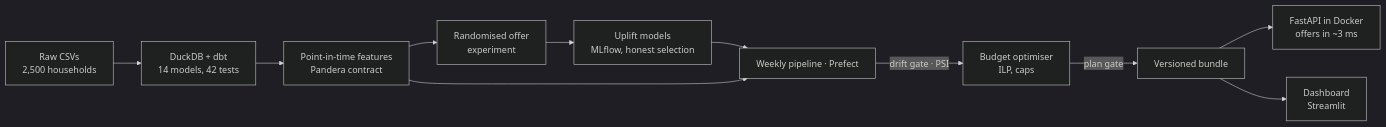
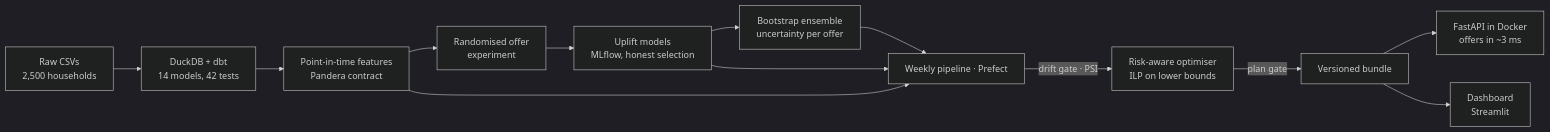
Before and after one commit to TilakHeble/nectar-offer-engine: the diagram in README.md, drawn with Mermaid (dark theme). The commit also changed other lines of this file and 31 other files, not shown here.

First line of the commit message:
Risk-aware allocation and live-test power analysis (v2)

````diff
--- a/README.md
+++ b/README.md
@@ -16,13 +16,15 @@
 ```mermaid
 flowchart LR
     A[Raw CSVs<br/>2,500 households] --> B[DuckDB + dbt<br/>14 models, 42 tests]
     B --> C[Point-in-time features<br/>Pandera contract]
     C --> D[Randomised offer<br/>experiment]
     D --> E[Uplift models<br/>MLflow, honest selection]
+    E --> R[Bootstrap ensemble<br/>uncertainty per offer]
+    R --> F
     E --> F[Weekly pipeline · Prefect]
     C --> F
-    F -->|drift gate · PSI| G[Budget optimiser<br/>ILP, caps]
+    F -->|drift gate · PSI| G[Risk-aware optimiser<br/>ILP on lower bounds]
     G -->|plan gate| H[Versioned bundle]
     H --> I[FastAPI in Docker<br/>offers in ~3 ms]
     H --> J[Dashboard<br/>Streamlit]
 ```
````
